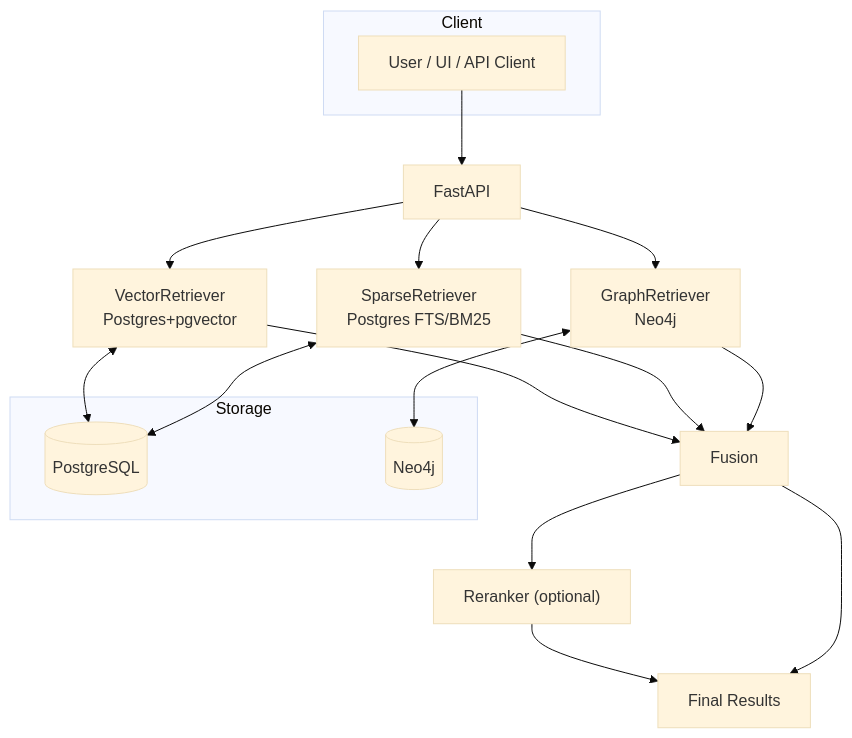
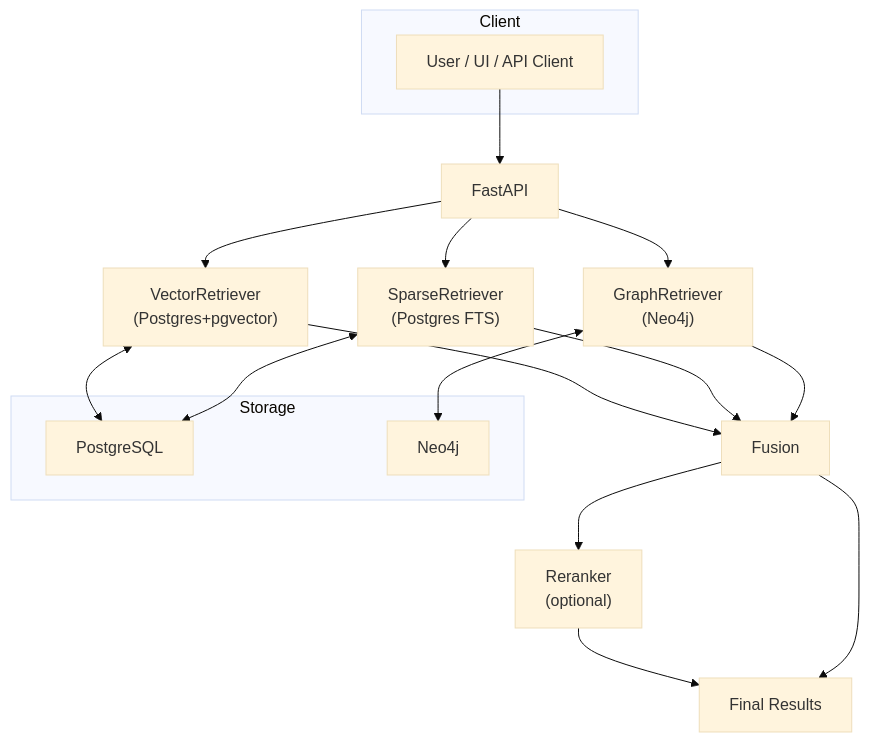
Before and after one commit to DMontgomery40/tribrid-rag: the second of 2 diagrams in mkdocs/docs/index.md, drawn with Mermaid (base theme). The commit also changed other lines of this file and 72 other files, not shown here.

````diff
--- a/mkdocs/docs/index.md
+++ b/mkdocs/docs/index.md
@@ -199,26 +202,26 @@
 ```mermaid
 flowchart TB
     subgraph Client
       U["User / UI / API Client"]
     end
 
     U --> A["FastAPI"]
-    A --> V["VectorRetriever\nPostgres+pgvector"]
-    A --> S["SparseRetriever\nPostgres FTS/BM25"]
-    A --> G["GraphRetriever\nNeo4j"]
+    A --> V["VectorRetriever\n(Postgres+pgvector)"]
+    A --> S["SparseRetriever\n(Postgres FTS)"]
+    A --> G["GraphRetriever\n(Neo4j)"]
     V --> F["Fusion"]
     S --> F
     G --> F
-    F --> R["Reranker (optional)"]
+    F --> R["Reranker\n(optional)"]
     R --> O["Final Results"]
     F --> O
 
     subgraph Storage
-      P[("PostgreSQL")]
-      N[("Neo4j")]
+      P["PostgreSQL"]
+      N["Neo4j"]
     end
 
     V <--> P
     S <--> P
     G <--> N
 ```
````
